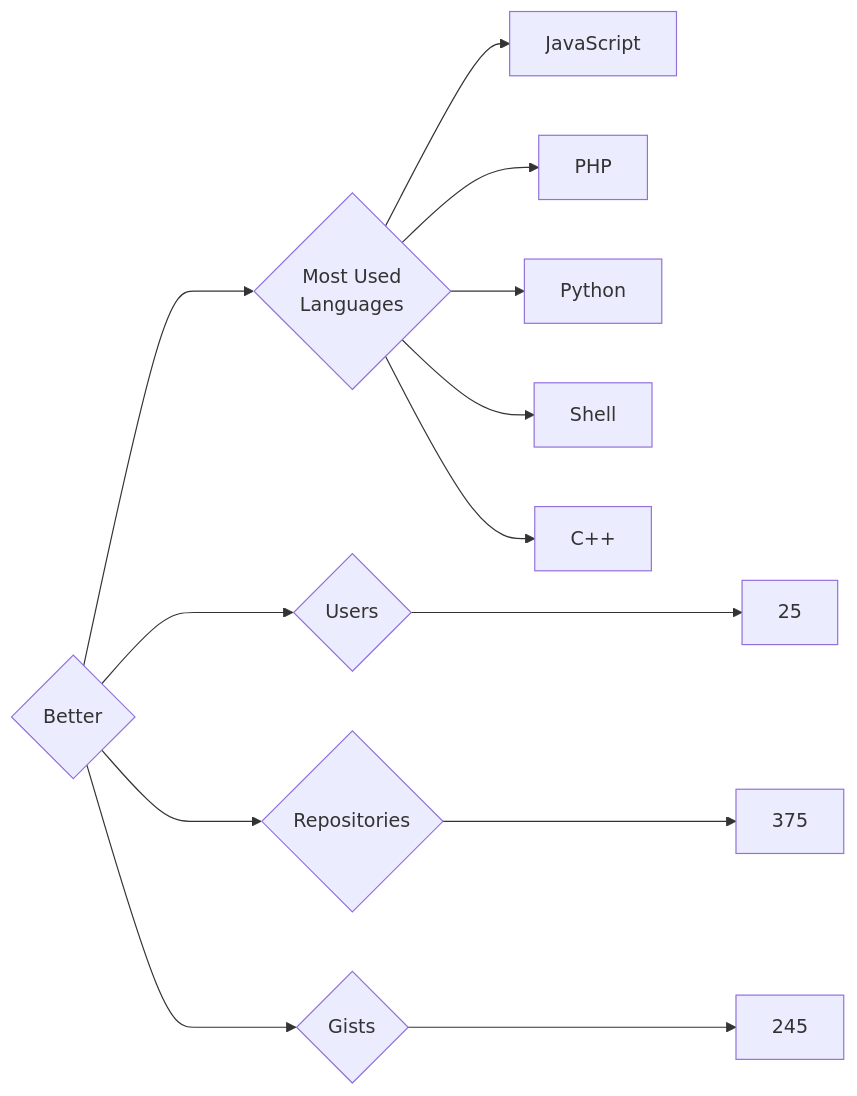
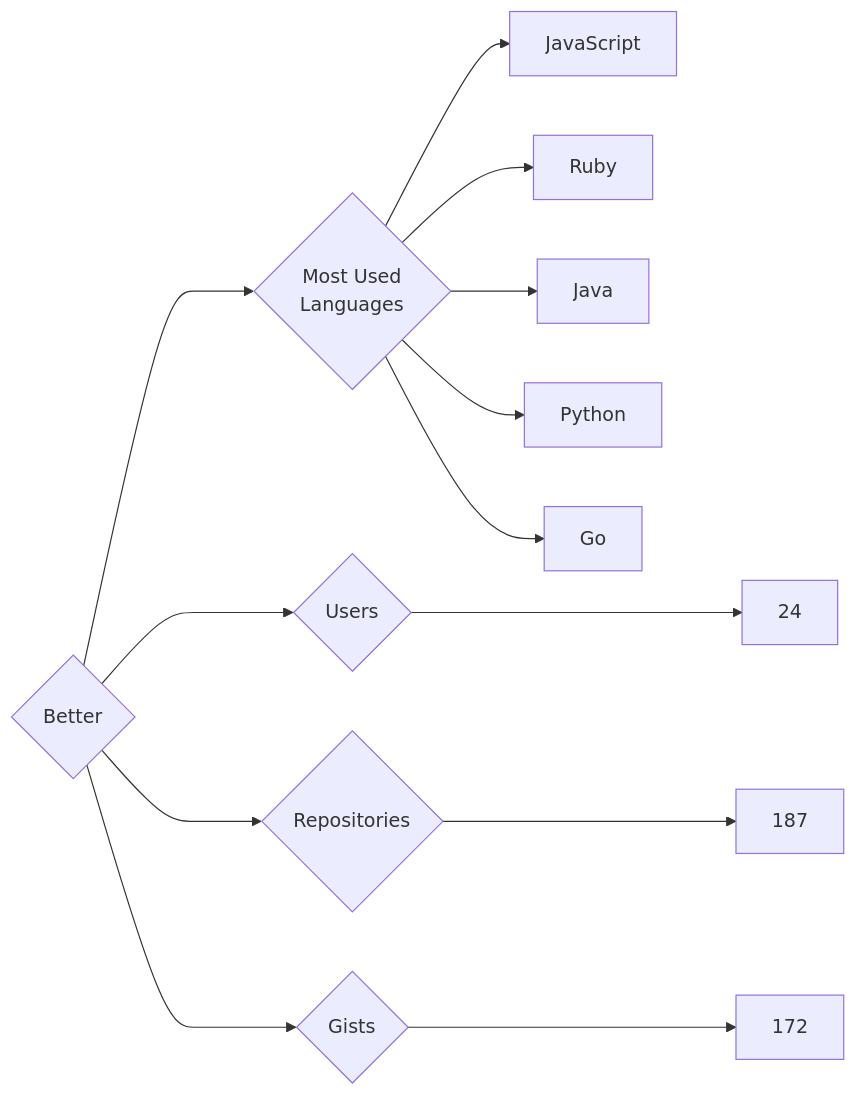
One commit to trickest/insiders changed the diagram in targets/Better/README.md. Above: the diagram before and after it, drawn with Mermaid. The commit also changed 925 other files, not shown here.

````diff
--- a/targets/Better/README.md
+++ b/targets/Better/README.md
@@ -3,13 +3,13 @@
 ```mermaid
 graph LR
 COMPANY_NAME{Better}
-COMPANY_NAME ---> U{Users} ---> UN[25]
-COMPANY_NAME ---> R{Repositories} ---> RN[375]
-COMPANY_NAME ---> G{Gists} ---> GN[245]
+COMPANY_NAME ---> U{Users} ---> UN[24]
+COMPANY_NAME ---> R{Repositories} ---> RN[187]
+COMPANY_NAME ---> G{Gists} ---> GN[172]
 COMPANY_NAME ---> ML{Most Used<br>Languages}
 ML --> JavaScript[JavaScript]
-ML --> PHP[PHP]
+ML --> Ruby[Ruby]
+ML --> Java[Java]
 ML --> Python[Python]
-ML --> Shell[Shell]
-ML --> C++[C++]
+ML --> Go[Go]
 ```
````
